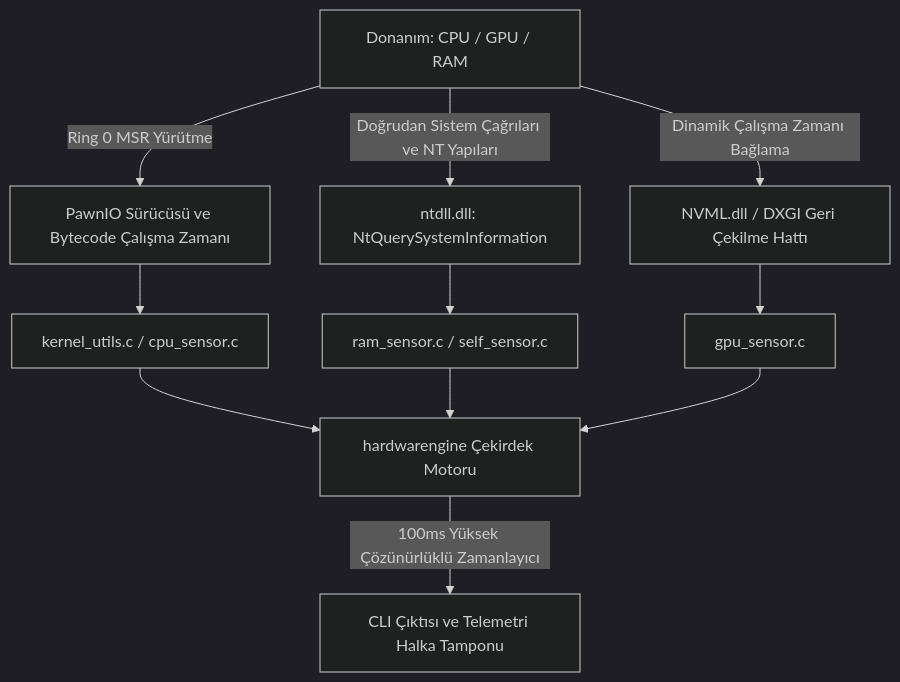
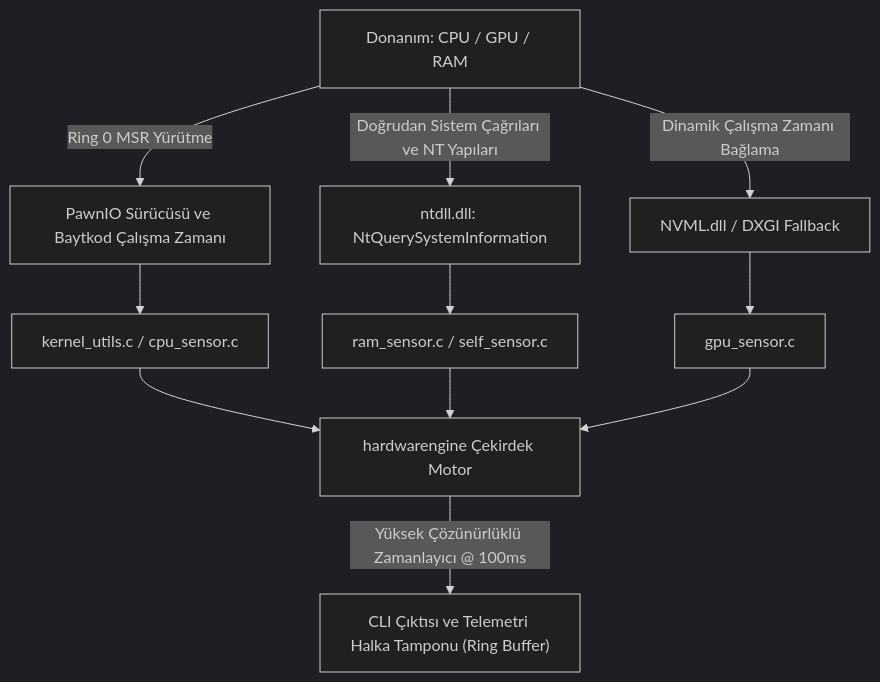
The diagram in README_TR.md (ismailemret/hardwarengine), drawn with Mermaid (dark theme) before and after one commit. The commit also changed other lines of this file and 1 other file, not shown here.

Commit message:
docs: update architecture flow, prerequisites, and system specifications

````diff
--- a/README_TR.md
+++ b/README_TR.md
@@ -24,16 +24,17 @@
 ```mermaid
 graph TD
-    A[Donanım: CPU / GPU / RAM] -->|Ring 0 MSR Yürütme| B[PawnIO Sürücüsü ve Bytecode Çalışma Zamanı]
-    A -->|Doğrudan Sistem Çağrıları ve NT Yapıları| C[ntdll.dll: NtQuerySystemInformation]
-    A -->|Dinamik Çalışma Zamanı Bağlama| D[NVML.dll / DXGI Geri Çekilme Hattı]
-    
-    B --> E[kernel_utils.c / cpu_sensor.c]
-    C --> F[ram_sensor.c / self_sensor.c]
-    D --> G[gpu_sensor.c]
-    
-    E --> H[hardwarengine Çekirdek Motoru]
+    A["Donanım: CPU / GPU / RAM"] -->|"Ring 0 MSR Yürütme"| B["PawnIO Sürücüsü ve Baytkod Çalışma Zamanı"]
+    A -->|"Doğrudan Sistem Çağrıları ve NT Yapıları"| C["ntdll.dll: NtQuerySystemInformation"]
+    A -->|"Dinamik Çalışma Zamanı Bağlama"| D["NVML.dll / DXGI Fallback"]
+
+    B --> E["kernel_utils.c / cpu_sensor.c"]
+    C --> F["ram_sensor.c / self_sensor.c"]
+    D --> G["gpu_sensor.c"]
+
+    E --> H["hardwarengine Çekirdek Motor"]
     F --> H
     G --> H
-    
-    H -->|100ms Yüksek Çözünürlüklü Zamanlayıcı| I[CLI Çıktısı ve Telemetri Halka Tamponu]
+
+    H -->|"Yüksek Çözünürlüklü Zamanlayıcı @ 100ms"| I["CLI Çıktısı ve Telemetri Halka Tamponu (Ring Buffer)"]
+
 ```
````
